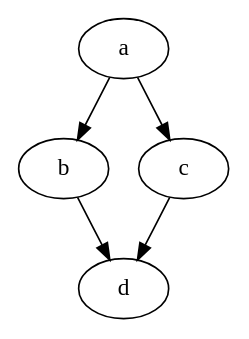
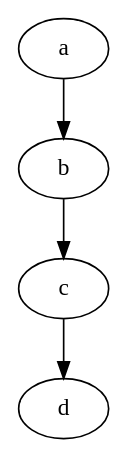
Before and after one commit to raghavgarg32/SOFTENG306Project1: the diagram in data/output.dot, drawn with Graphviz. The commit also changed 1 other file, not shown here.

```diff
--- a/data/output.dot
+++ b/data/output.dot
@@ -1,10 +1,9 @@
-digraph "example" {
-	a	[Weight=2,Start=0,Processor=1];
-	b	[Weight=3,Start=2,Processor=1];
-	c	[Weight=3,Start=3,Processor=2];
-	d	[Weight=2,Start=6,Processor=2];
-	a->b	[Weight=2];
-	b->d	[Weight=2];
-	a->c	[Weight=1];
+digraph "example3" {
+	a	[Weight=2,Start=0,Processor=2];
+	b	[Weight=2,Start=2,Processor=2];
+	c	[Weight=3,Start=4,Processor=2];
+	d	[Weight=3,Start=7,Processor=2];
+	a->b	[Weight=1];
+	b->c	[Weight=1];
 	c->d	[Weight=1];
 }
```
